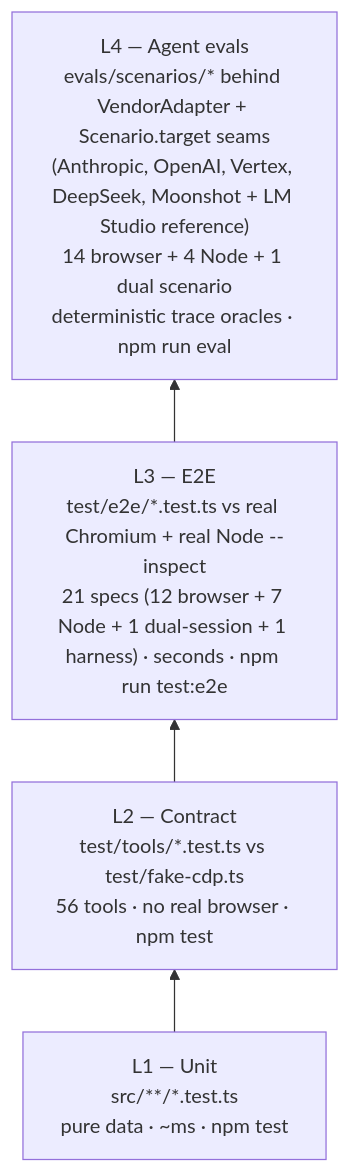
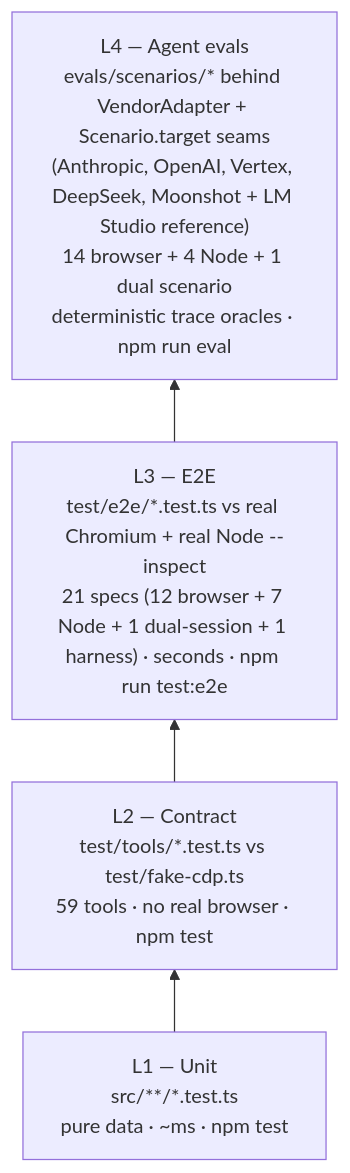
One commit to lcjanke2020/lynceus changed the sixth of 6 diagrams in docs/ARCHITECTURE.md. Above: the diagram before and after it, drawn with Mermaid. The commit also changed other lines of this file and 28 other files, not shown here.

````diff
--- a/docs/ARCHITECTURE.md
+++ b/docs/ARCHITECTURE.md
@@ -202,8 +202,8 @@
 ```mermaid
 flowchart BT
     L1["L1 — Unit<br/>src/**/*.test.ts<br/>pure data · ~ms · npm test"]
-    L2["L2 — Contract<br/>test/tools/*.test.ts vs test/fake-cdp.ts<br/>56 tools · no real browser · npm test"]
+    L2["L2 — Contract<br/>test/tools/*.test.ts vs test/fake-cdp.ts<br/>59 tools · no real browser · npm test"]
     L3["L3 — E2E<br/>test/e2e/*.test.ts vs real Chromium + real Node --inspect<br/>21 specs (12 browser + 7 Node + 1 dual-session + 1 harness) · seconds · npm run test:e2e"]
     L4["L4 — Agent evals<br/>evals/scenarios/* behind VendorAdapter + Scenario.target seams<br/>(Anthropic, OpenAI, Vertex, DeepSeek, Moonshot + LM Studio reference)<br/>14 browser + 4 Node + 1 dual scenario<br/>deterministic trace oracles · npm run eval"]
     L1 --> L2 --> L3 --> L4
 ```
````
